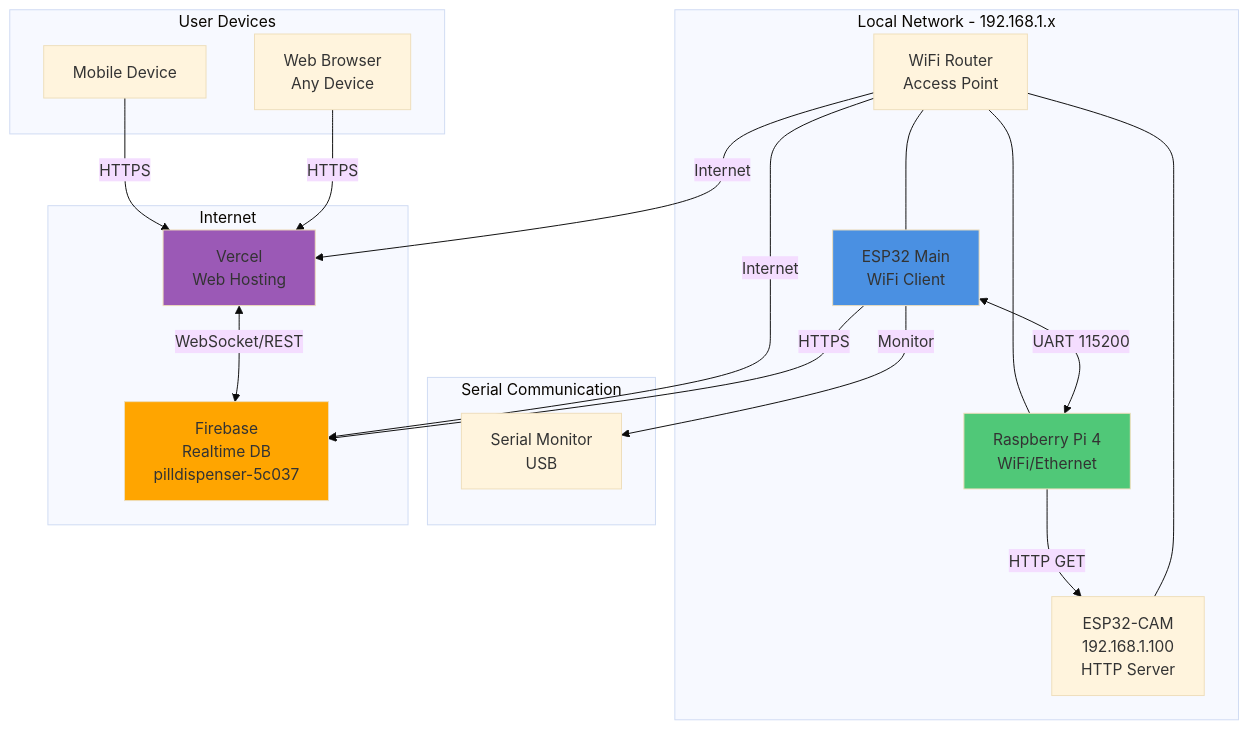
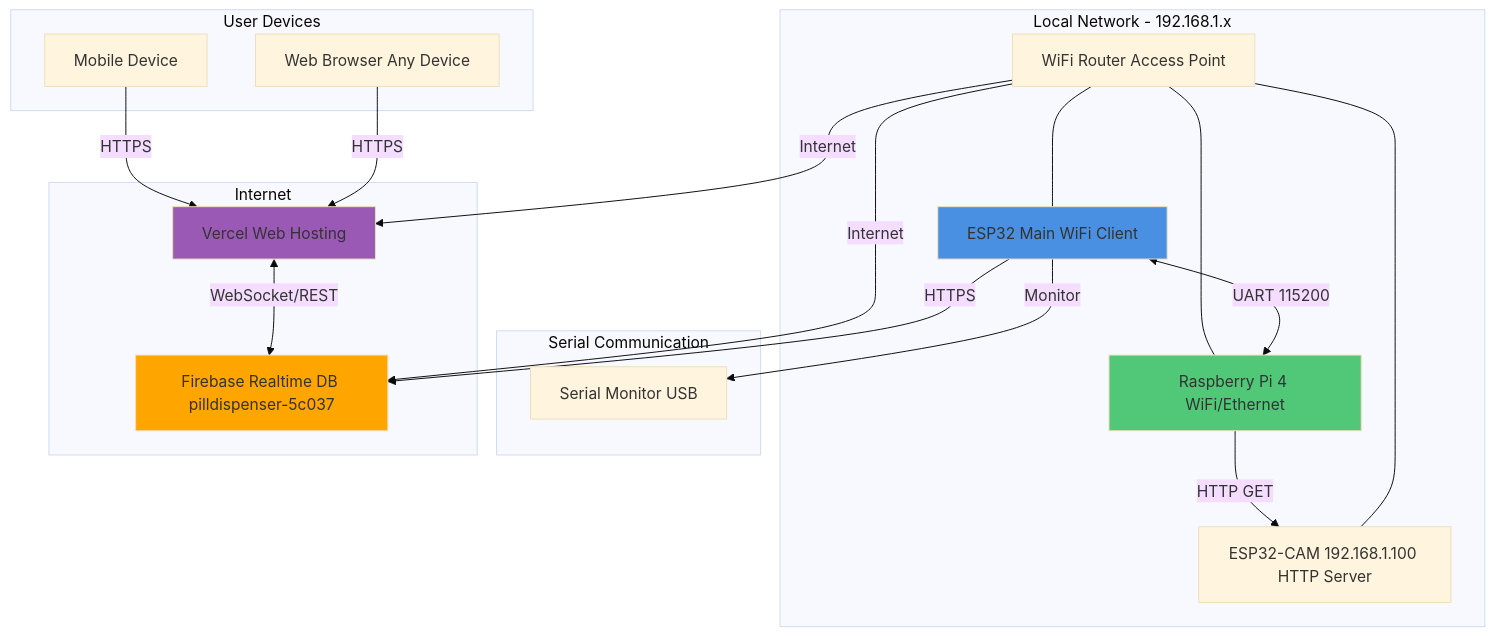
One commit to qppd/Pill-Dispenser-V3 changed the ninth of 17 diagrams in diagram/MERMAID_DIAGRAMS.md. Above: the diagram before and after it, drawn with Mermaid (base theme). The commit also changed other lines of this file, not shown here.

Commit message:
Update Mermaid diagrams with rendering fixes

````diff
--- a/diagram/MERMAID_DIAGRAMS.md
+++ b/diagram/MERMAID_DIAGRAMS.md
@@ -489,44 +489,44 @@
 ```mermaid
 graph TB
     subgraph "Local Network - 192.168.1.x"
-        ESP32[ESP32 Main<br/>WiFi Client]
-        ESP32CAM[ESP32-CAM<br/>192.168.1.100<br/>HTTP Server]
-        RPI[Raspberry Pi 4<br/>WiFi/Ethernet]
-        ROUTER[WiFi Router<br/>Access Point]
+        ESP32[ESP32 Main WiFi Client]
+        ESP32CAM[ESP32-CAM 192.168.1.100 HTTP Server]
+        RPI[Raspberry Pi 4 WiFi/Ethernet]
+        ROUTER[WiFi Router Access Point]
     end
     
     subgraph "Serial Communication"
         ESP32 <-->|UART 115200| RPI
-        ESP32 -->|Monitor| SERIAL[Serial Monitor<br/>USB]
+        ESP32 -->|Monitor| SERIAL[Serial Monitor USB]
     end
     
     subgraph "Internet"
-        FIREBASE[Firebase<br/>Realtime DB<br/>pilldispenser-5c037]
-        WEB_HOST[Vercel<br/>Web Hosting]
+        FIREBASE[Firebase Realtime DB pilldispenser-5c037]
+        WEB_HOST[Vercel Web Hosting]
     end
     
     subgraph "User Devices"
-        BROWSER[Web Browser<br/>Any Device]
+        BROWSER[Web Browser Any Device]
         MOBILE[Mobile Device]
     end
     
     ROUTER --- ESP32
     ROUTER --- ESP32CAM
     ROUTER --- RPI
     
     ESP32 -->|HTTPS| FIREBASE
     RPI -->|HTTP GET| ESP32CAM
     
     ROUTER -->|Internet| FIREBASE
     ROUTER -->|Internet| WEB_HOST
     
     BROWSER -->|HTTPS| WEB_HOST
     MOBILE -->|HTTPS| WEB_HOST
     
     WEB_HOST <-->|WebSocket/REST| FIREBASE
     
     style ESP32 fill:#4A90E2
     style RPI fill:#50C878
     style FIREBASE fill:#FFA500
     style WEB_HOST fill:#9B59B6
 ```
````
